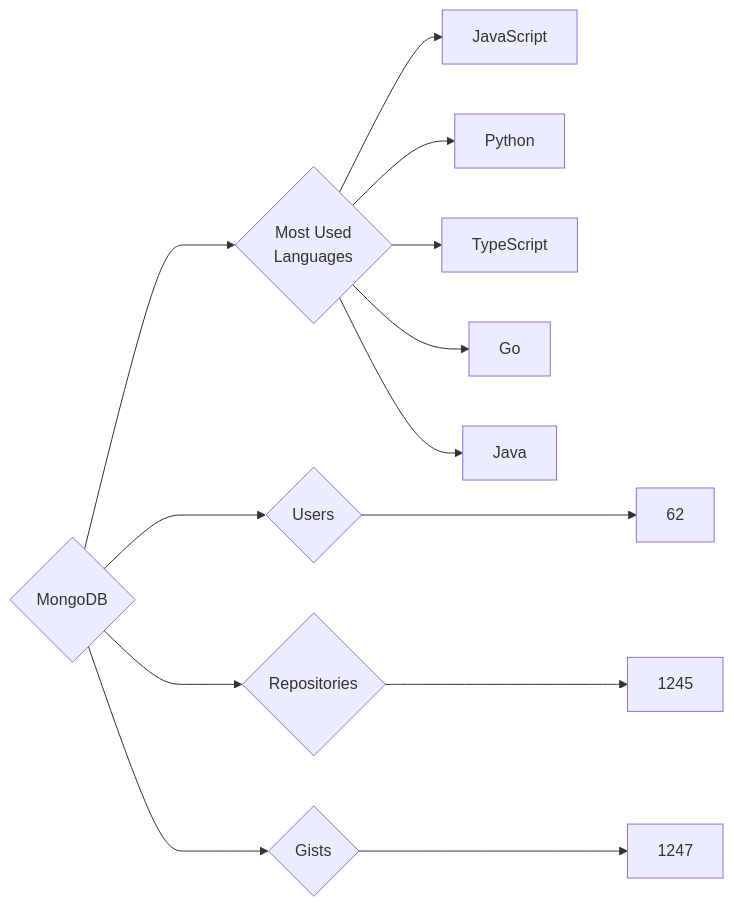
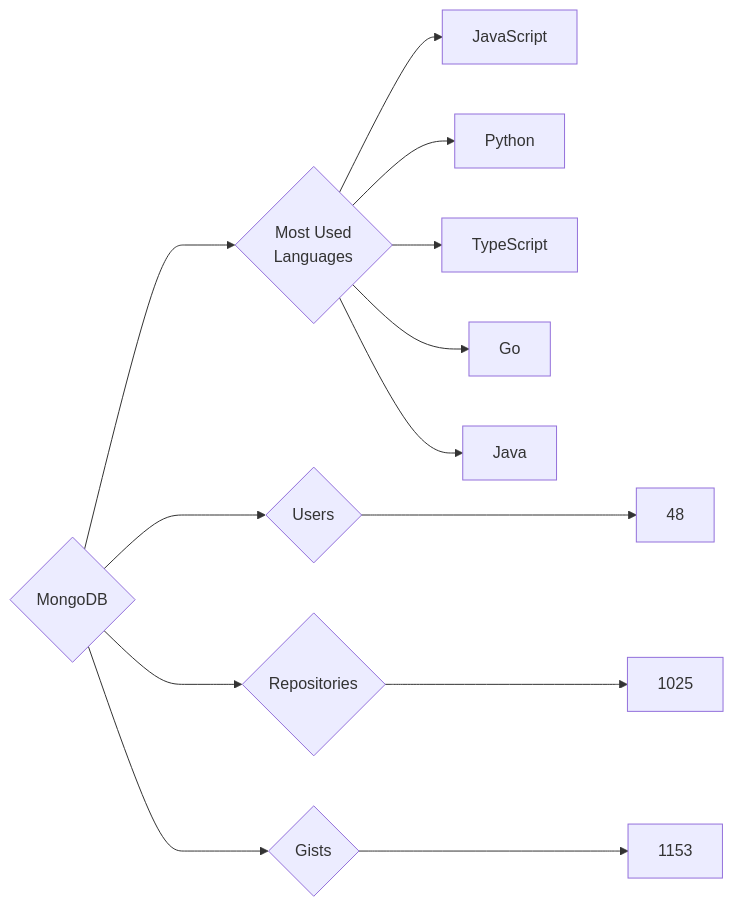
One commit to trickest/insiders changed the diagram in targets/MongoDB/README.md. Above: the diagram before and after it, drawn with Mermaid. The commit also changed 835 other files, not shown here.

````diff
--- a/targets/MongoDB/README.md
+++ b/targets/MongoDB/README.md
@@ -3,13 +3,13 @@
 ```mermaid
 graph LR
 COMPANY_NAME{MongoDB}
-COMPANY_NAME ---> U{Users} ---> UN[62]
-COMPANY_NAME ---> R{Repositories} ---> RN[1245]
-COMPANY_NAME ---> G{Gists} ---> GN[1247]
+COMPANY_NAME ---> U{Users} ---> UN[48]
+COMPANY_NAME ---> R{Repositories} ---> RN[1025]
+COMPANY_NAME ---> G{Gists} ---> GN[1153]
 COMPANY_NAME ---> ML{Most Used<br>Languages}
 ML --> JavaScript[JavaScript]
 ML --> Python[Python]
 ML --> TypeScript[TypeScript]
 ML --> Go[Go]
 ML --> Java[Java]
 ```
````
